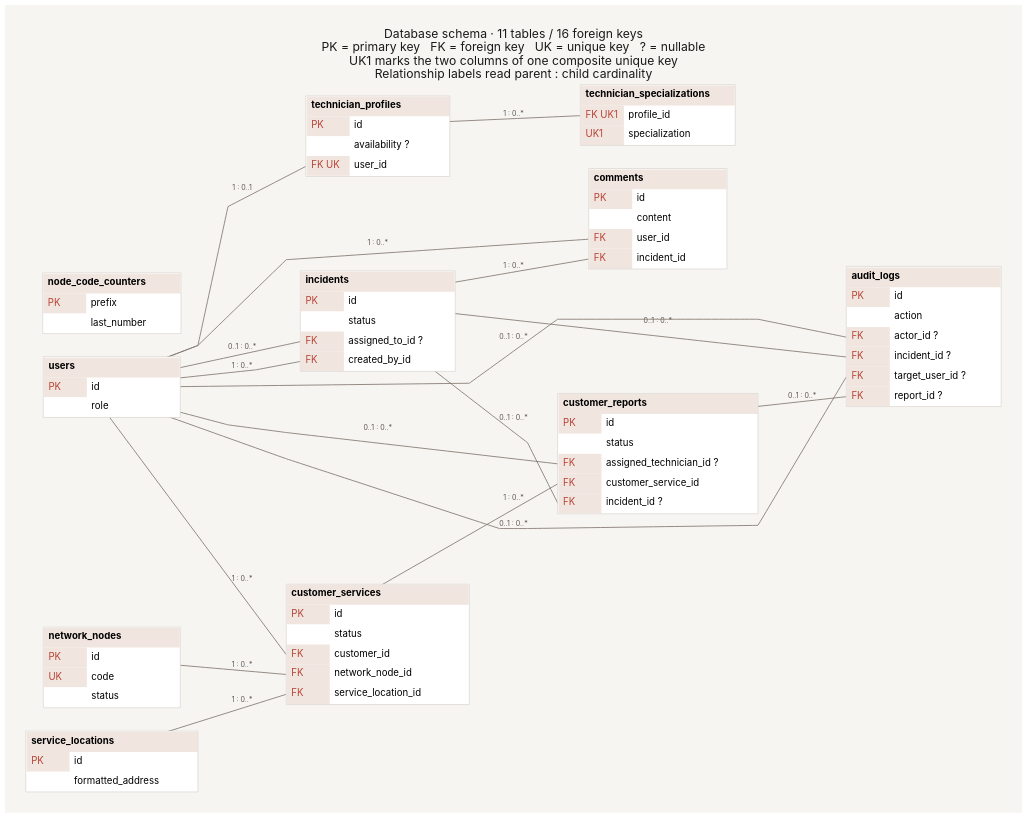
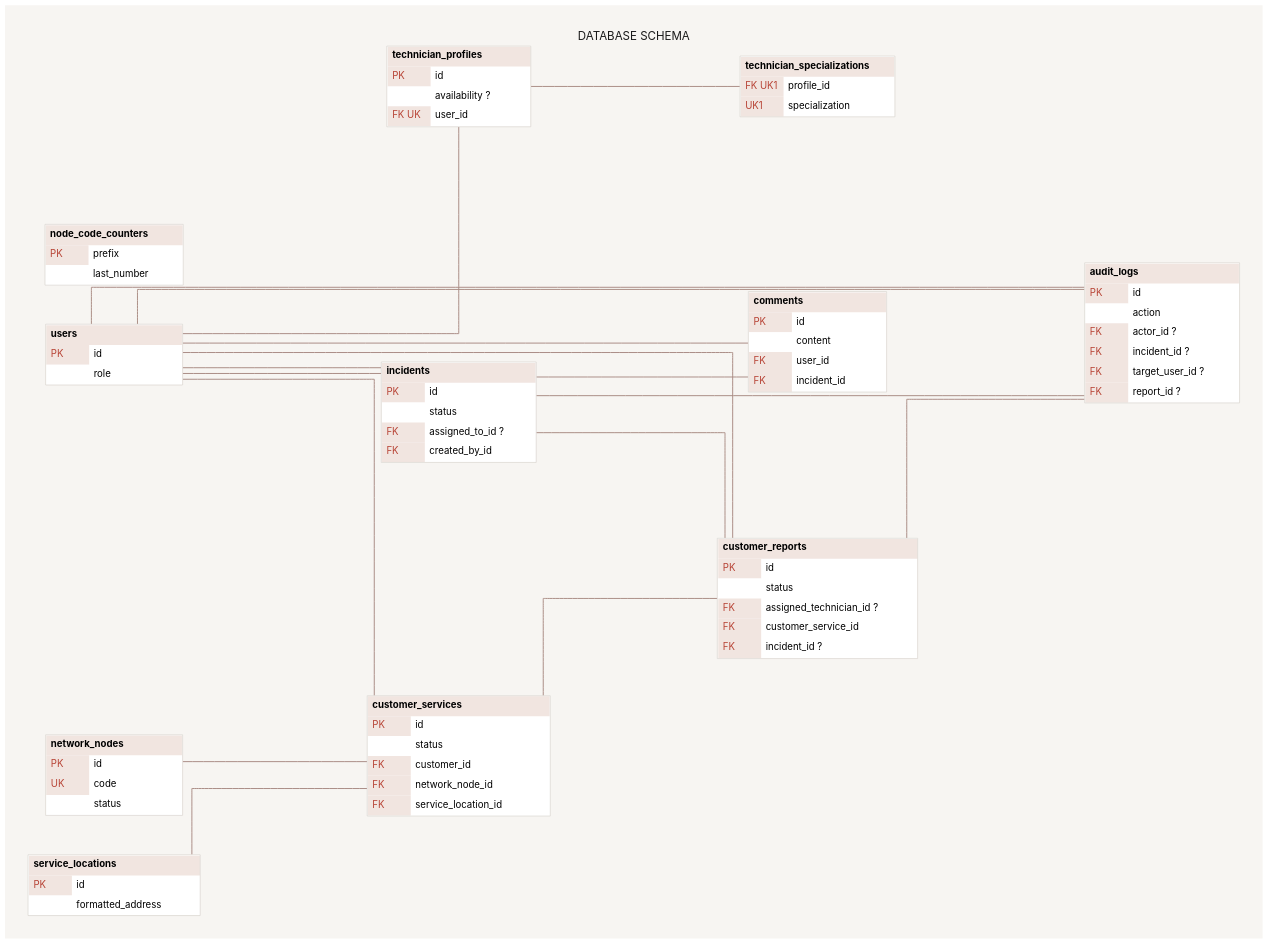
Before and after one commit to slavisa-simic/linoryx: the diagram in docs/readme/visuals/source/database-schema-overview.dot, drawn with Graphviz. The commit also changed 12 other files, not shown here.

```diff
--- a/docs/readme/visuals/source/database-schema-overview.dot
+++ b/docs/readme/visuals/source/database-schema-overview.dot
@@ -1,32 +1,45 @@
 digraph schema {
-graph [rankdir=LR, bgcolor="#F7F5F2", pad=.45, nodesep=.5, ranksep=1.3, splines=polyline, outputorder=edgesfirst, fontname="Inter", label="Database schema · 11 tables / 16 foreign keys\nPK = primary key   FK = foreign key   UK = unique key   ? = nullable\nUK1 marks the two columns of one composite unique key\nRelationship labels read parent : child cardinality", labelloc=t, fontsize=19, fontcolor="#1A1A1A"];
+graph [
+  rankdir=LR,
+  bgcolor="#F7F5F2",
+  pad=0.5,
+  nodesep=0.85,
+  ranksep=1.8,
+  splines=ortho,
+  outputorder=edgesfirst,
+  fontname="Inter",
+  label="DATABASE SCHEMA",
+  labelloc=t,
+  fontsize=18,
+  fontcolor="#1A1A1A"
+];
 node [shape=plain, fontname="Inter", fontsize=15];
-edge [color="#80766E", penwidth=1.3, fontname="Inter", fontsize=11, fontcolor="#5D554F", labeldistance=2.2];
+edge [color="#A98A83", penwidth=1.5, minlen=2];
 audit_logs [label=<<TABLE BORDER="1" CELLBORDER="0" CELLSPACING="0" CELLPADDING="7" COLOR="#D6D2CC" BGCOLOR="#FFFFFF"><TR><TD COLSPAN="2" BGCOLOR="#F1E5E0" ALIGN="LEFT"><B>audit_logs</B></TD></TR><TR><TD PORT="id" WIDTH="67" ALIGN="LEFT" BGCOLOR="#F1E5E0"><FONT COLOR="#B74335">PK</FONT></TD><TD WIDTH="173" ALIGN="LEFT">id</TD></TR><TR><TD PORT="action" WIDTH="67" ALIGN="LEFT" BGCOLOR="#FFFFFF"><FONT COLOR="#B74335"> </FONT></TD><TD WIDTH="173" ALIGN="LEFT">action</TD></TR><TR><TD PORT="actor_id" WIDTH="67" ALIGN="LEFT" BGCOLOR="#F1E5E0"><FONT COLOR="#B74335">FK</FONT></TD><TD WIDTH="173" ALIGN="LEFT">actor_id ?</TD></TR><TR><TD PORT="incident_id" WIDTH="67" ALIGN="LEFT" BGCOLOR="#F1E5E0"><FONT COLOR="#B74335">FK</FONT></TD><TD WIDTH="173" ALIGN="LEFT">incident_id ?</TD></TR><TR><TD PORT="target_user_id" WIDTH="67" ALIGN="LEFT" BGCOLOR="#F1E5E0"><FONT COLOR="#B74335">FK</FONT></TD><TD WIDTH="173" ALIGN="LEFT">target_user_id ?</TD></TR><TR><TD PORT="report_id" WIDTH="67" ALIGN="LEFT" BGCOLOR="#F1E5E0"><FONT COLOR="#B74335">FK</FONT></TD><TD WIDTH="173" ALIGN="LEFT">report_id ?</TD></TR></TABLE>>];
 comments [label=<<TABLE BORDER="1" CELLBORDER="0" CELLSPACING="0" CELLPADDING="7" COLOR="#D6D2CC" BGCOLOR="#FFFFFF"><TR><TD COLSPAN="2" BGCOLOR="#F1E5E0" ALIGN="LEFT"><B>comments</B></TD></TR><TR><TD PORT="id" WIDTH="67" ALIGN="LEFT" BGCOLOR="#F1E5E0"><FONT COLOR="#B74335">PK</FONT></TD><TD WIDTH="147" ALIGN="LEFT">id</TD></TR><TR><TD PORT="content" WIDTH="67" ALIGN="LEFT" BGCOLOR="#FFFFFF"><FONT COLOR="#B74335"> </FONT></TD><TD WIDTH="147" ALIGN="LEFT">content</TD></TR><TR><TD PORT="user_id" WIDTH="67" ALIGN="LEFT" BGCOLOR="#F1E5E0"><FONT COLOR="#B74335">FK</FONT></TD><TD WIDTH="147" ALIGN="LEFT">user_id</TD></TR><TR><TD PORT="incident_id" WIDTH="67" ALIGN="LEFT" BGCOLOR="#F1E5E0"><FONT COLOR="#B74335">FK</FONT></TD><TD WIDTH="147" ALIGN="LEFT">incident_id</TD></TR></TABLE>>];
 customer_reports [label=<<TABLE BORDER="1" CELLBORDER="0" CELLSPACING="0" CELLPADDING="7" COLOR="#D6D2CC" BGCOLOR="#FFFFFF"><TR><TD COLSPAN="2" BGCOLOR="#F1E5E0" ALIGN="LEFT"><B>customer_reports</B></TD></TR><TR><TD PORT="id" WIDTH="67" ALIGN="LEFT" BGCOLOR="#F1E5E0"><FONT COLOR="#B74335">PK</FONT></TD><TD WIDTH="244" ALIGN="LEFT">id</TD></TR><TR><TD PORT="status" WIDTH="67" ALIGN="LEFT" BGCOLOR="#FFFFFF"><FONT COLOR="#B74335"> </FONT></TD><TD WIDTH="244" ALIGN="LEFT">status</TD></TR><TR><TD PORT="assigned_technician_id" WIDTH="67" ALIGN="LEFT" BGCOLOR="#F1E5E0"><FONT COLOR="#B74335">FK</FONT></TD><TD WIDTH="244" ALIGN="LEFT">assigned_technician_id ?</TD></TR><TR><TD PORT="customer_service_id" WIDTH="67" ALIGN="LEFT" BGCOLOR="#F1E5E0"><FONT COLOR="#B74335">FK</FONT></TD><TD WIDTH="244" ALIGN="LEFT">customer_service_id</TD></TR><TR><TD PORT="incident_id" WIDTH="67" ALIGN="LEFT" BGCOLOR="#F1E5E0"><FONT COLOR="#B74335">FK</FONT></TD><TD WIDTH="244" ALIGN="LEFT">incident_id ?</TD></TR></TABLE>>];
 customer_services [label=<<TABLE BORDER="1" CELLBORDER="0" CELLSPACING="0" CELLPADDING="7" COLOR="#D6D2CC" BGCOLOR="#FFFFFF"><TR><TD COLSPAN="2" BGCOLOR="#F1E5E0" ALIGN="LEFT"><B>customer_services</B></TD></TR><TR><TD PORT="id" WIDTH="67" ALIGN="LEFT" BGCOLOR="#F1E5E0"><FONT COLOR="#B74335">PK</FONT></TD><TD WIDTH="217" ALIGN="LEFT">id</TD></TR><TR><TD PORT="status" WIDTH="67" ALIGN="LEFT" BGCOLOR="#FFFFFF"><FONT COLOR="#B74335"> </FONT></TD><TD WIDTH="217" ALIGN="LEFT">status</TD></TR><TR><TD PORT="customer_id" WIDTH="67" ALIGN="LEFT" BGCOLOR="#F1E5E0"><FONT COLOR="#B74335">FK</FONT></TD><TD WIDTH="217" ALIGN="LEFT">customer_id</TD></TR><TR><TD PORT="network_node_id" WIDTH="67" ALIGN="LEFT" BGCOLOR="#F1E5E0"><FONT COLOR="#B74335">FK</FONT></TD><TD WIDTH="217" ALIGN="LEFT">network_node_id</TD></TR><TR><TD PORT="service_location_id" WIDTH="67" ALIGN="LEFT" BGCOLOR="#F1E5E0"><FONT COLOR="#B74335">FK</FONT></TD><TD WIDTH="217" ALIGN="LEFT">service_location_id</TD></TR></TABLE>>];
 incidents [label=<<TABLE BORDER="1" CELLBORDER="0" CELLSPACING="0" CELLPADDING="7" COLOR="#D6D2CC" BGCOLOR="#FFFFFF"><TR><TD COLSPAN="2" BGCOLOR="#F1E5E0" ALIGN="LEFT"><B>incidents</B></TD></TR><TR><TD PORT="id" WIDTH="67" ALIGN="LEFT" BGCOLOR="#F1E5E0"><FONT COLOR="#B74335">PK</FONT></TD><TD WIDTH="173" ALIGN="LEFT">id</TD></TR><TR><TD PORT="status" WIDTH="67" ALIGN="LEFT" BGCOLOR="#FFFFFF"><FONT COLOR="#B74335"> </FONT></TD><TD WIDTH="173" ALIGN="LEFT">status</TD></TR><TR><TD PORT="assigned_to_id" WIDTH="67" ALIGN="LEFT" BGCOLOR="#F1E5E0"><FONT COLOR="#B74335">FK</FONT></TD><TD WIDTH="173" ALIGN="LEFT">assigned_to_id ?</TD></TR><TR><TD PORT="created_by_id" WIDTH="67" ALIGN="LEFT" BGCOLOR="#F1E5E0"><FONT COLOR="#B74335">FK</FONT></TD><TD WIDTH="173" ALIGN="LEFT">created_by_id</TD></TR></TABLE>>];
 network_nodes [label=<<TABLE BORDER="1" CELLBORDER="0" CELLSPACING="0" CELLPADDING="7" COLOR="#D6D2CC" BGCOLOR="#FFFFFF"><TR><TD COLSPAN="2" BGCOLOR="#F1E5E0" ALIGN="LEFT"><B>network_nodes</B></TD></TR><TR><TD PORT="id" WIDTH="67" ALIGN="LEFT" BGCOLOR="#F1E5E0"><FONT COLOR="#B74335">PK</FONT></TD><TD WIDTH="145" ALIGN="LEFT">id</TD></TR><TR><TD PORT="code" WIDTH="67" ALIGN="LEFT" BGCOLOR="#F1E5E0"><FONT COLOR="#B74335">UK</FONT></TD><TD WIDTH="145" ALIGN="LEFT">code</TD></TR><TR><TD PORT="status" WIDTH="67" ALIGN="LEFT" BGCOLOR="#FFFFFF"><FONT COLOR="#B74335"> </FONT></TD><TD WIDTH="145" ALIGN="LEFT">status</TD></TR></TABLE>>];
 node_code_counters [label=<<TABLE BORDER="1" CELLBORDER="0" CELLSPACING="0" CELLPADDING="7" COLOR="#D6D2CC" BGCOLOR="#FFFFFF"><TR><TD COLSPAN="2" BGCOLOR="#F1E5E0" ALIGN="LEFT"><B>node_code_counters</B></TD></TR><TR><TD PORT="prefix" WIDTH="67" ALIGN="LEFT" BGCOLOR="#F1E5E0"><FONT COLOR="#B74335">PK</FONT></TD><TD WIDTH="147" ALIGN="LEFT">prefix</TD></TR><TR><TD PORT="last_number" WIDTH="67" ALIGN="LEFT" BGCOLOR="#FFFFFF"><FONT COLOR="#B74335"> </FONT></TD><TD WIDTH="147" ALIGN="LEFT">last_number</TD></TR></TABLE>>];
 service_locations [label=<<TABLE BORDER="1" CELLBORDER="0" CELLSPACING="0" CELLPADDING="7" COLOR="#D6D2CC" BGCOLOR="#FFFFFF"><TR><TD COLSPAN="2" BGCOLOR="#F1E5E0" ALIGN="LEFT"><B>service_locations</B></TD></TR><TR><TD PORT="id" WIDTH="67" ALIGN="LEFT" BGCOLOR="#F1E5E0"><FONT COLOR="#B74335">PK</FONT></TD><TD WIDTH="200" ALIGN="LEFT">id</TD></TR><TR><TD PORT="formatted_address" WIDTH="67" ALIGN="LEFT" BGCOLOR="#FFFFFF"><FONT COLOR="#B74335"> </FONT></TD><TD WIDTH="200" ALIGN="LEFT">formatted_address</TD></TR></TABLE>>];
 technician_profiles [label=<<TABLE BORDER="1" CELLBORDER="0" CELLSPACING="0" CELLPADDING="7" COLOR="#D6D2CC" BGCOLOR="#FFFFFF"><TR><TD COLSPAN="2" BGCOLOR="#F1E5E0" ALIGN="LEFT"><B>technician_profiles</B></TD></TR><TR><TD PORT="id" WIDTH="67" ALIGN="LEFT" BGCOLOR="#F1E5E0"><FONT COLOR="#B74335">PK</FONT></TD><TD WIDTH="156" ALIGN="LEFT">id</TD></TR><TR><TD PORT="availability" WIDTH="67" ALIGN="LEFT" BGCOLOR="#FFFFFF"><FONT COLOR="#B74335"> </FONT></TD><TD WIDTH="156" ALIGN="LEFT">availability ?</TD></TR><TR><TD PORT="user_id" WIDTH="67" ALIGN="LEFT" BGCOLOR="#F1E5E0"><FONT COLOR="#B74335">FK UK</FONT></TD><TD WIDTH="156" ALIGN="LEFT">user_id</TD></TR></TABLE>>];
 technician_specializations [label=<<TABLE BORDER="1" CELLBORDER="0" CELLSPACING="0" CELLPADDING="7" COLOR="#D6D2CC" BGCOLOR="#FFFFFF"><TR><TD COLSPAN="2" BGCOLOR="#F1E5E0" ALIGN="LEFT"><B>technician_specializations</B></TD></TR><TR><TD PORT="profile_id" WIDTH="67" ALIGN="LEFT" BGCOLOR="#F1E5E0"><FONT COLOR="#B74335">FK UK1</FONT></TD><TD WIDTH="173" ALIGN="LEFT">profile_id</TD></TR><TR><TD PORT="specialization" WIDTH="67" ALIGN="LEFT" BGCOLOR="#F1E5E0"><FONT COLOR="#B74335">UK1</FONT></TD><TD WIDTH="173" ALIGN="LEFT">specialization</TD></TR></TABLE>>];
 users [label=<<TABLE BORDER="1" CELLBORDER="0" CELLSPACING="0" CELLPADDING="7" COLOR="#D6D2CC" BGCOLOR="#FFFFFF"><TR><TD COLSPAN="2" BGCOLOR="#F1E5E0" ALIGN="LEFT"><B>users</B></TD></TR><TR><TD PORT="id" WIDTH="67" ALIGN="LEFT" BGCOLOR="#F1E5E0"><FONT COLOR="#B74335">PK</FONT></TD><TD WIDTH="145" ALIGN="LEFT">id</TD></TR><TR><TD PORT="role" WIDTH="67" ALIGN="LEFT" BGCOLOR="#FFFFFF"><FONT COLOR="#B74335"> </FONT></TD><TD WIDTH="145" ALIGN="LEFT">role</TD></TR></TABLE>>];
-users:id:e -> audit_logs:actor_id:w [dir=none, label="0..1 : 0..*"];
-incidents:id:e -> audit_logs:incident_id:w [dir=none, label="0..1 : 0..*"];
-customer_reports:id:e -> audit_logs:report_id:w [dir=none, label="0..1 : 0..*"];
-users:id:e -> audit_logs:target_user_id:w [dir=none, label="0..1 : 0..*"];
-incidents:id:e -> comments:incident_id:w [dir=none, label="1 : 0..*"];
-users:id:e -> comments:user_id:w [dir=none, label="1 : 0..*"];
-users:id:e -> customer_reports:assigned_technician_id:w [dir=none, label="0..1 : 0..*"];
-customer_services:id:e -> customer_reports:customer_service_id:w [dir=none, label="1 : 0..*"];
-incidents:id:e -> customer_reports:incident_id:w [dir=none, label="0..1 : 0..*"];
-users:id:e -> customer_services:customer_id:w [dir=none, label="1 : 0..*"];
-network_nodes:id:e -> customer_services:network_node_id:w [dir=none, label="1 : 0..*"];
-service_locations:id:e -> customer_services:service_location_id:w [dir=none, label="1 : 0..*"];
-users:id:e -> incidents:assigned_to_id:w [dir=none, label="0..1 : 0..*"];
-users:id:e -> incidents:created_by_id:w [dir=none, label="1 : 0..*"];
-users:id:e -> technician_profiles:user_id:w [dir=none, label="1 : 0..1"];
-technician_profiles:id:e -> technician_specializations:profile_id:w [dir=none, label="1 : 0..*"];
+users -> audit_logs [dir=none, tooltip="users.id -> audit_logs.actor_id (0..1 : 0..*)"];
+incidents -> audit_logs [dir=none, tooltip="incidents.id -> audit_logs.incident_id (0..1 : 0..*)"];
+customer_reports -> audit_logs [dir=none, tooltip="customer_reports.id -> audit_logs.report_id (0..1 : 0..*)"];
+users -> audit_logs [dir=none, tooltip="users.id -> audit_logs.target_user_id (0..1 : 0..*)"];
+incidents -> comments [dir=none, tooltip="incidents.id -> comments.incident_id (1 : 0..*)"];
+users -> comments [dir=none, tooltip="users.id -> comments.user_id (1 : 0..*)"];
+users -> customer_reports [dir=none, tooltip="users.id -> customer_reports.assigned_technician_id (0..1 : 0..*)"];
+customer_services -> customer_reports [dir=none, tooltip="customer_services.id -> customer_reports.customer_service_id (1 : 0..*)"];
+incidents -> customer_reports [dir=none, tooltip="incidents.id -> customer_reports.incident_id (0..1 : 0..*)"];
+users -> customer_services [dir=none, tooltip="users.id -> customer_services.customer_id (1 : 0..*)"];
+network_nodes -> customer_services [dir=none, tooltip="network_nodes.id -> customer_services.network_node_id (1 : 0..*)"];
+service_locations -> customer_services [dir=none, tooltip="service_locations.id -> customer_services.service_location_id (1 : 0..*)"];
+users -> incidents [dir=none, tooltip="users.id -> incidents.assigned_to_id (0..1 : 0..*)"];
+users -> incidents [dir=none, tooltip="users.id -> incidents.created_by_id (1 : 0..*)"];
+users -> technician_profiles [dir=none, tooltip="users.id -> technician_profiles.user_id (1 : 0..1)"];
+technician_profiles -> technician_specializations [dir=none, tooltip="technician_profiles.id -> technician_specializations.profile_id (1 : 0..*)"];
 }
```
